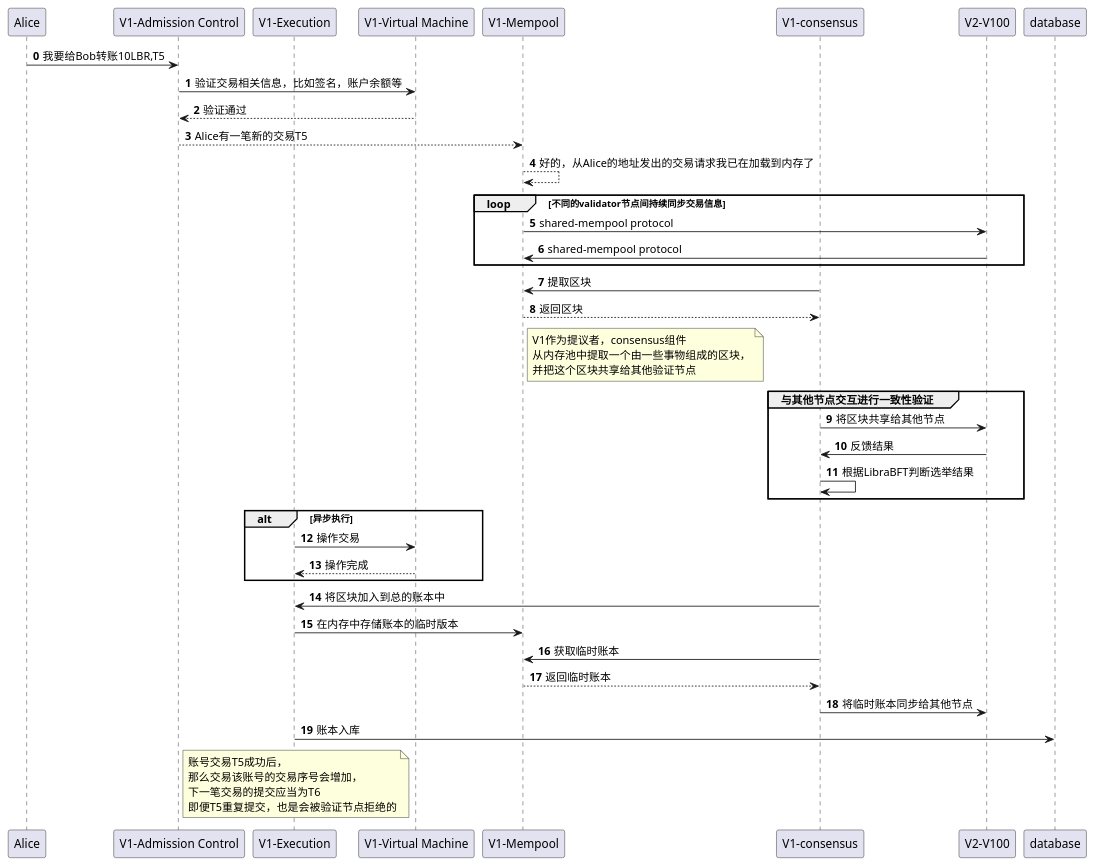
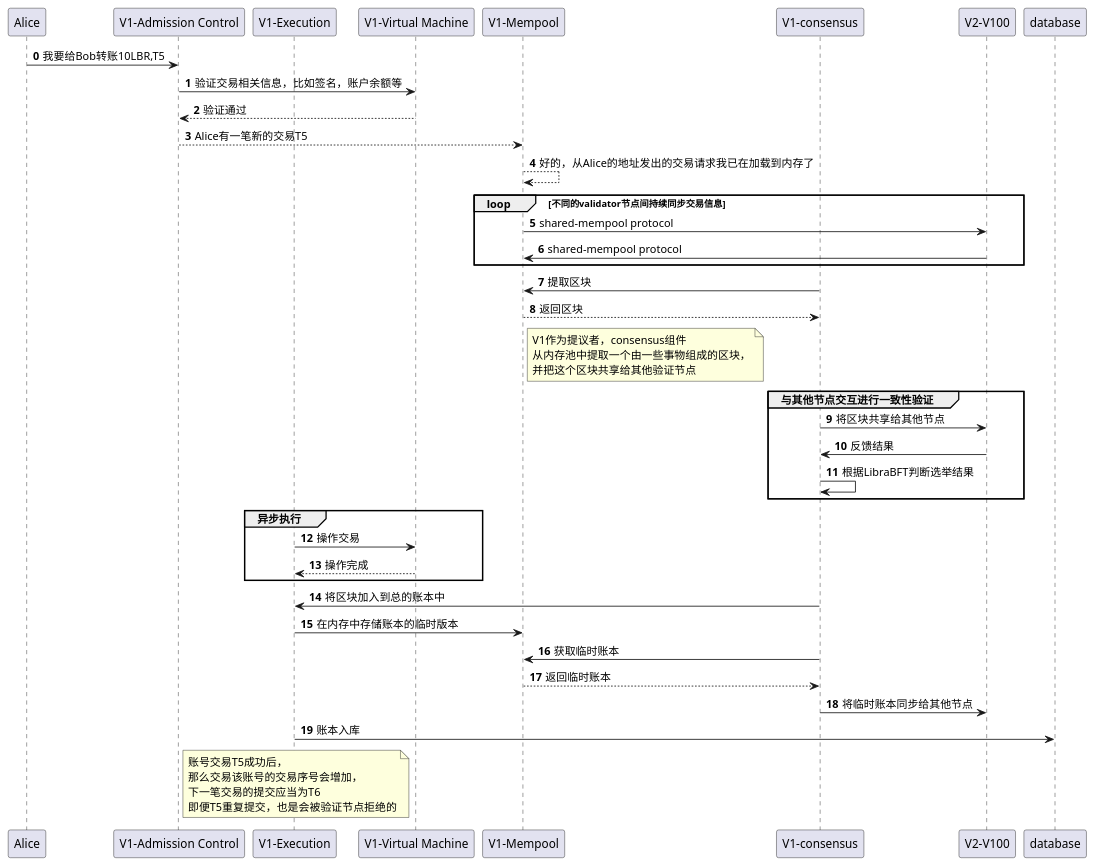
The diagram in writing/finance/libra_research.md (chengcx1019/universe), drawn with PlantUML before and after one commit. The commit also changed 14 other files, not shown here.

````diff
--- a/writing/finance/libra_research.md
+++ b/writing/finance/libra_research.md
@@ -66,54 +66,54 @@
 ```uml
 @startuml
 autonumber 000
 participant alice as "Alice"
 participant ac as "V1-Admission Control"
 participant exe as "V1-Execution"
 participant vm as "V1-Virtual Machine" 
 participant mem as "V1-Mempool" 
 participant con as "V1-consensus" 
 participant v as "V2-V100"
 
 alice->ac: 我要给Bob转账10LBR,T5
 ac->vm: 验证交易相关信息，比如签名，账户余额等
 vm-->ac: 验证通过
 ac-->mem: Alice有一笔新的交易T5
 mem-->mem: 好的，从Alice的地址发出的交易请求我已在加载到内存了
 loop 不同的validator节点间持续同步交易信息
 mem-> v: shared-mempool protocol
 v->mem:shared-mempool protocol
 end
 con->mem: 提取区块
 mem-->con: 返回区块
 note right of mem
 V1作为提议者，consensus组件
 从内存池中提取一个由一些事物组成的区块，
 并把这个区块共享给其他验证节点
 end note
 
 group 与其他节点交互进行一致性验证
 con->v: 将区块共享给其他节点
 v->con:反馈结果
 con->con: 根据LibraBFT判断选举结果
 end
 
-alt 异步执行
+group 异步执行
 exe->vm: 操作交易
 vm-->exe:操作完成
 end
 con->exe: 将区块加入到总的账本中
 exe->mem: 在内存中存储账本的临时版本
 con->mem: 获取临时账本
 mem-->con: 返回临时账本
 con->v:将临时账本同步给其他节点
 
 exe-> database: 账本入库
 
 note right of ac
 账号交易T5成功后，
 那么交易该账号的交易序号会增加，
 下一笔交易的提交应当为T6
 即便T5重复提交，也是会被验证节点拒绝的
 end note
 @enduml
 ```
````
